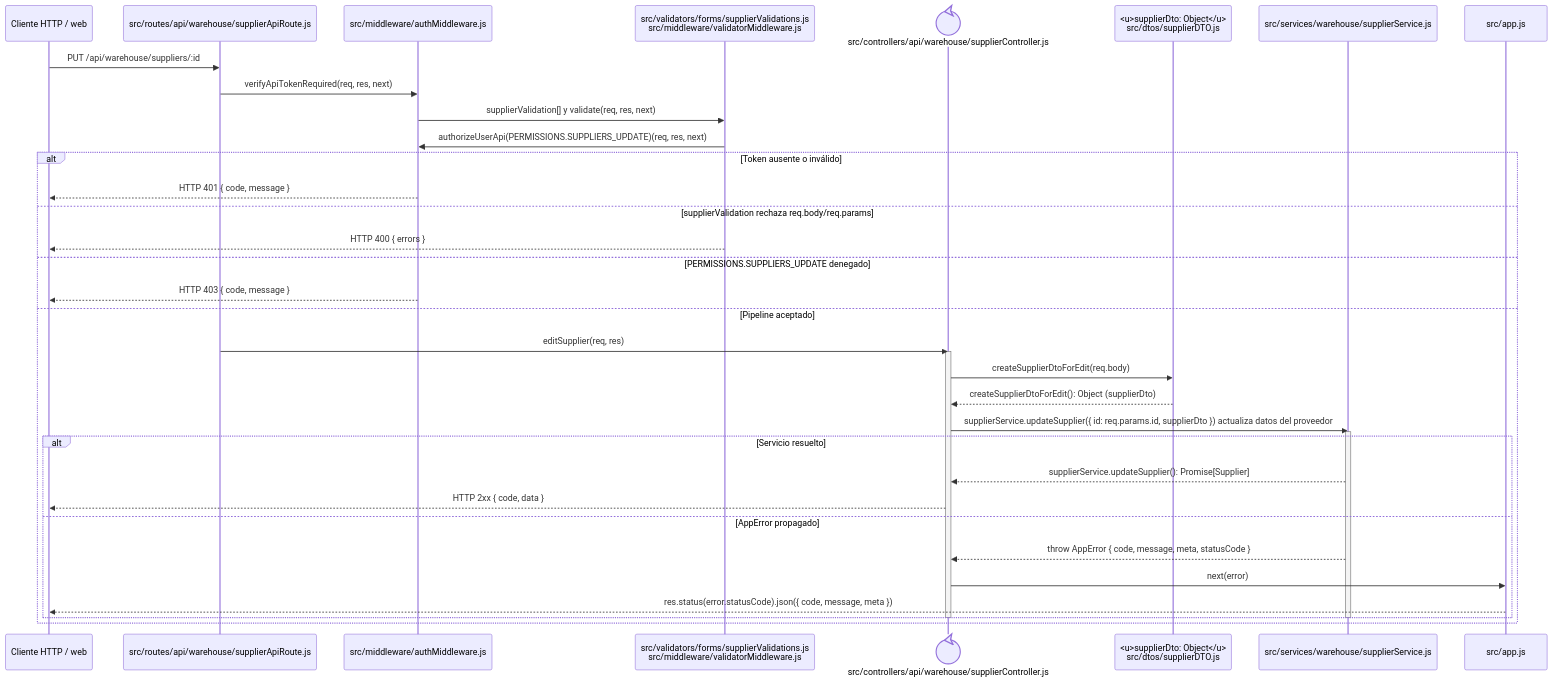
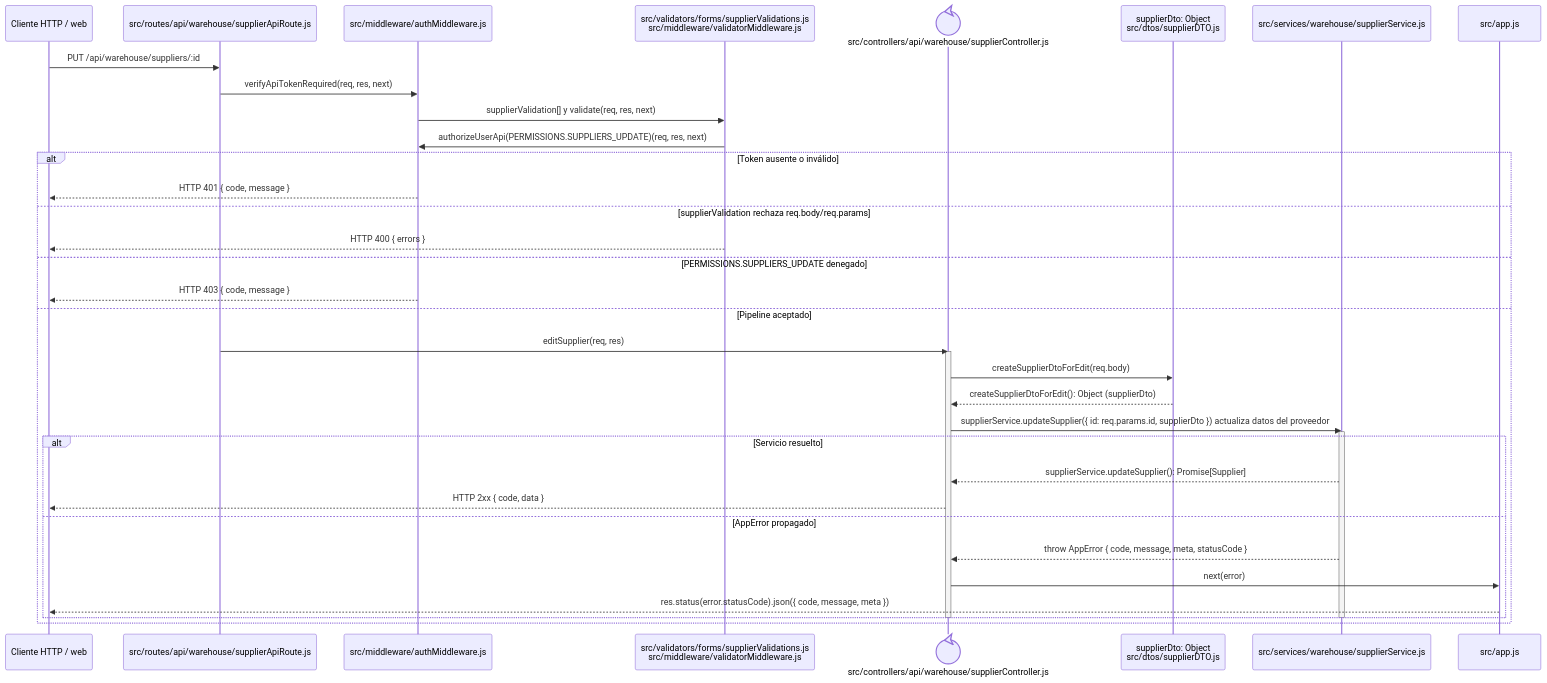
One commit to gpgsistemas01/nexus changed the diagram in docs/architecture/backend-code-sequences/catalogs/cu-cat-03.md. Above: the diagram before and after it, drawn with Mermaid. The commit also changed 38 other files, not shown here.

````diff
--- a/docs/architecture/backend-code-sequences/catalogs/cu-cat-03.md
+++ b/docs/architecture/backend-code-sequences/catalogs/cu-cat-03.md
@@ -6,40 +6,40 @@
 ```mermaid
 sequenceDiagram
     participant Client as Cliente HTTP / web
     participant Route as src/routes/api/warehouse/supplierApiRoute.js
     participant Auth as src/middleware/authMiddleware.js
     participant Validator as src/validators/forms/supplierValidations.js<br/>src/middleware/validatorMiddleware.js
     participant Controller@{ "type": "control" } as src/controllers/api/warehouse/supplierController.js
-    participant SupplierDto as <u>supplierDto: Object</u><br/>src/dtos/supplierDTO.js
+    participant SupplierDto as supplierDto: Object<br/>src/dtos/supplierDTO.js
     participant Domain as src/services/warehouse/supplierService.js
     participant ErrorHandler as src/app.js
 
     Client->>Route: PUT /api/warehouse/suppliers/:id
     Route->>Auth: verifyApiTokenRequired(req, res, next)
     Auth->>Validator: supplierValidation[] y validate(req, res, next)
     Validator->>Auth: authorizeUserApi(PERMISSIONS.SUPPLIERS_UPDATE)(req, res, next)
     alt Token ausente o inválido
         Auth-->>Client: HTTP 401 { code, message }
     else supplierValidation rechaza req.body/req.params
         Validator-->>Client: HTTP 400 { errors }
     else PERMISSIONS.SUPPLIERS_UPDATE denegado
         Auth-->>Client: HTTP 403 { code, message }
     else Pipeline aceptado
         Route->>Controller: editSupplier(req, res)
         activate Controller
         Controller->>SupplierDto: createSupplierDtoForEdit(req.body)
         SupplierDto-->>Controller: createSupplierDtoForEdit(): Object (supplierDto)
         Controller->>Domain: supplierService.updateSupplier({ id: req.params.id, supplierDto }) actualiza datos del proveedor
         activate Domain
         alt Servicio resuelto
             Domain-->>Controller: supplierService.updateSupplier(): Promise[Supplier]
             Controller-->>Client: HTTP 2xx { code, data }
         else AppError propagado
             Domain-->>Controller: throw AppError { code, message, meta, statusCode }
             Controller->>ErrorHandler: next(error)
             ErrorHandler-->>Client: res.status(error.statusCode).json({ code, message, meta })
         end
         deactivate Domain
         deactivate Controller
     end
 ```
````
